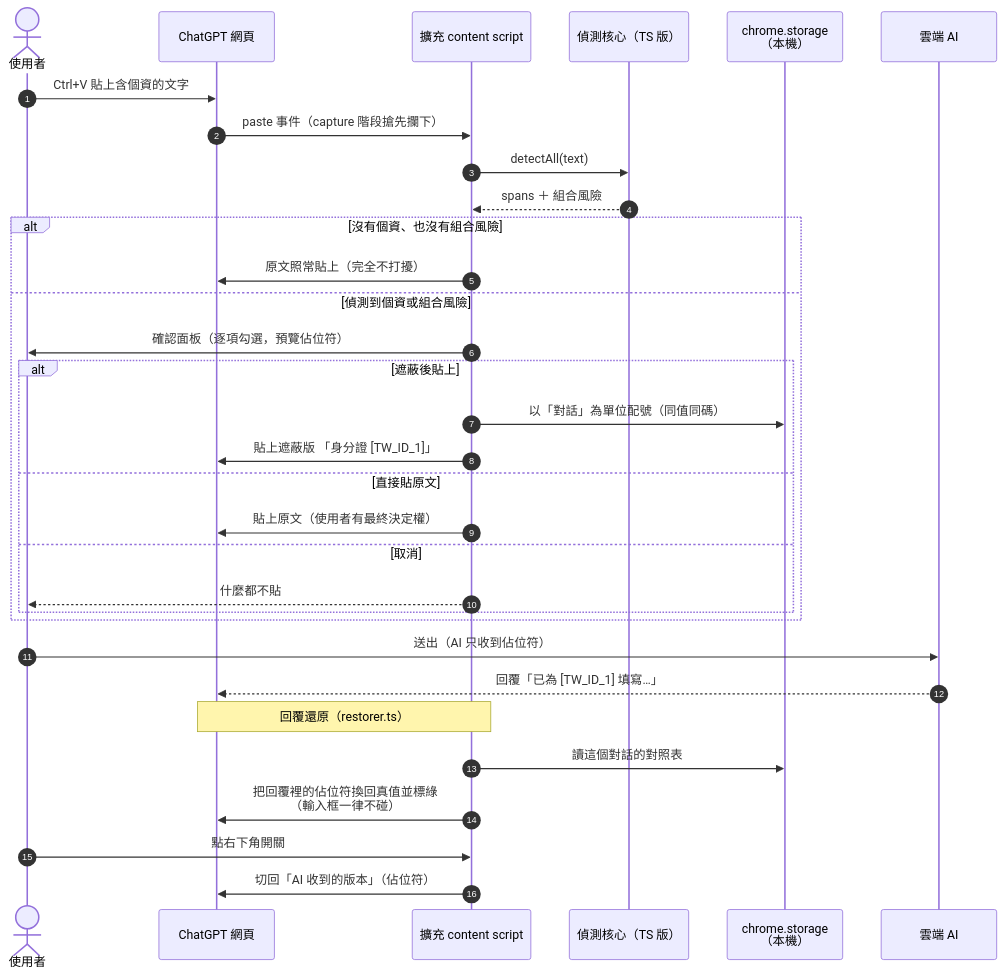
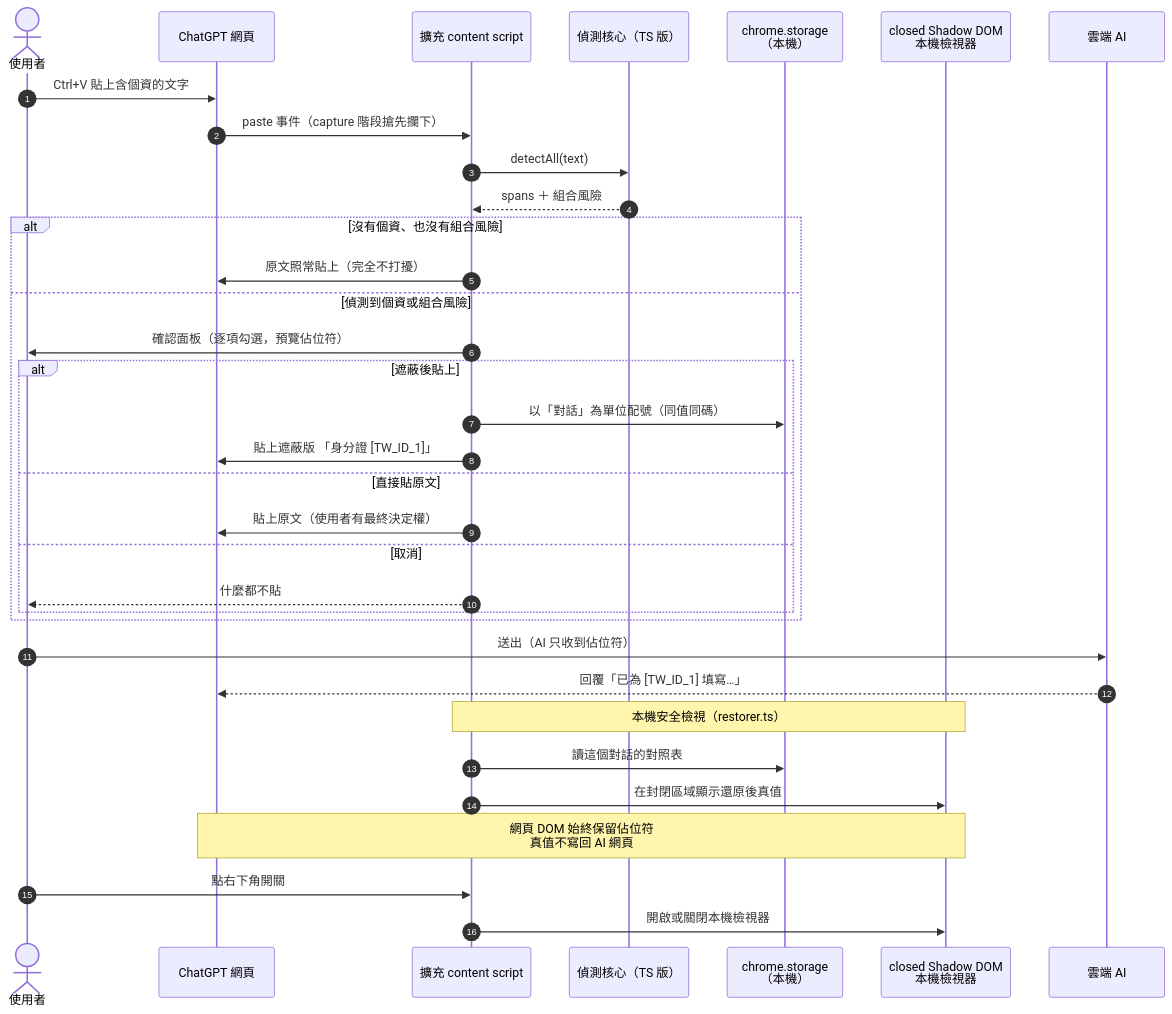
The third of 8 diagrams in docs/流程圖與工作流.md (JustinGNPS/tw-pii-filter), drawn with Mermaid before and after one commit. The commit also changed other lines of this file and 2 other files, not shown here.

````diff
--- a/docs/流程圖與工作流.md
+++ b/docs/流程圖與工作流.md
@@ -79,38 +79,40 @@
 ```mermaid
 sequenceDiagram
     autonumber
     actor 使用者
     participant 網頁 as ChatGPT 網頁
     participant CS as 擴充 content script
     participant 核心 as 偵測核心（TS 版）
     participant 存放 as chrome.storage<br/>（本機）
+    participant 檢視器 as closed Shadow DOM<br/>本機檢視器
     participant AI as 雲端 AI
 
     使用者->>網頁: Ctrl+V 貼上含個資的文字
     網頁->>CS: paste 事件（capture 階段搶先攔下）
     CS->>核心: detectAll(text)
     核心-->>CS: spans ＋ 組合風險
 
     alt 沒有個資、也沒有組合風險
         CS->>網頁: 原文照常貼上（完全不打擾）
     else 偵測到個資或組合風險
         CS->>使用者: 確認面板（逐項勾選，預覽佔位符）
         alt 遮蔽後貼上
             CS->>存放: 以「對話」為單位配號（同值同碼）
             CS->>網頁: 貼上遮蔽版 「身分證 [TW_ID_1]」
         else 直接貼原文
             CS->>網頁: 貼上原文（使用者有最終決定權）
         else 取消
             CS-->>使用者: 什麼都不貼
         end
     end
 
     使用者->>AI: 送出（AI 只收到佔位符）
     AI-->>網頁: 回覆「已為 [TW_ID_1] 填寫…」
 
-    Note over CS,網頁: 回覆還原（restorer.ts）
+    Note over CS,檢視器: 本機安全檢視（restorer.ts）
     CS->>存放: 讀這個對話的對照表
-    CS->>網頁: 把回覆裡的佔位符換回真值並標綠<br/>（輸入框一律不碰）
+    CS->>檢視器: 在封閉區域顯示還原後真值
+    Note over 網頁,檢視器: 網頁 DOM 始終保留佔位符<br/>真值不寫回 AI 網頁
     使用者->>CS: 點右下角開關
-    CS->>網頁: 切回「AI 收到的版本」（佔位符）
+    CS->>檢視器: 開啟或關閉本機檢視器
 ```
````
